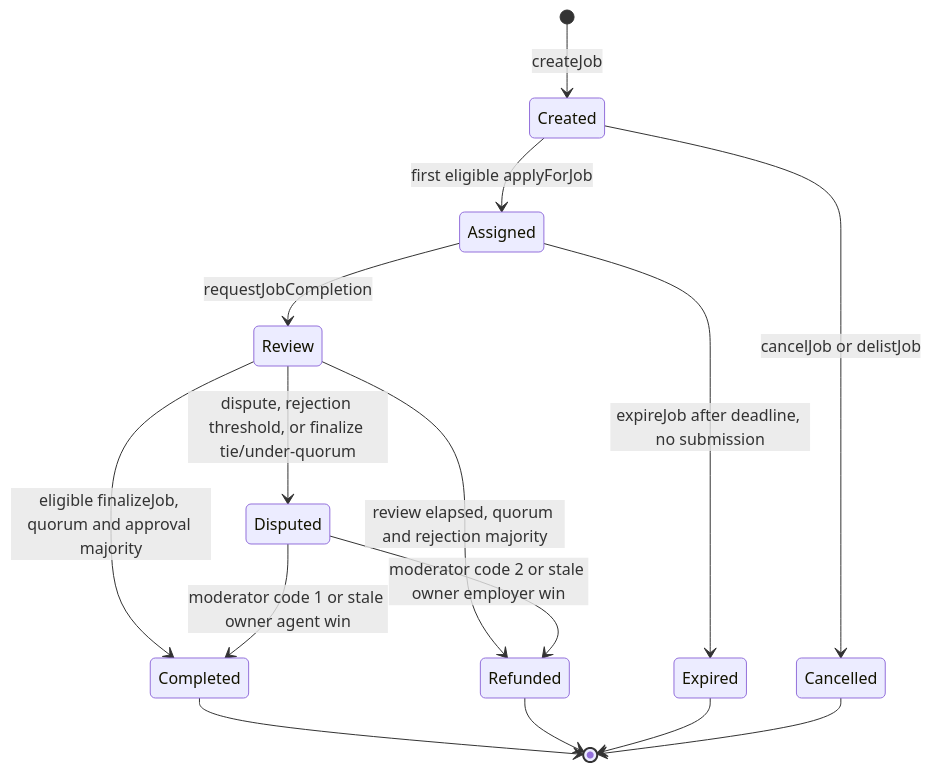
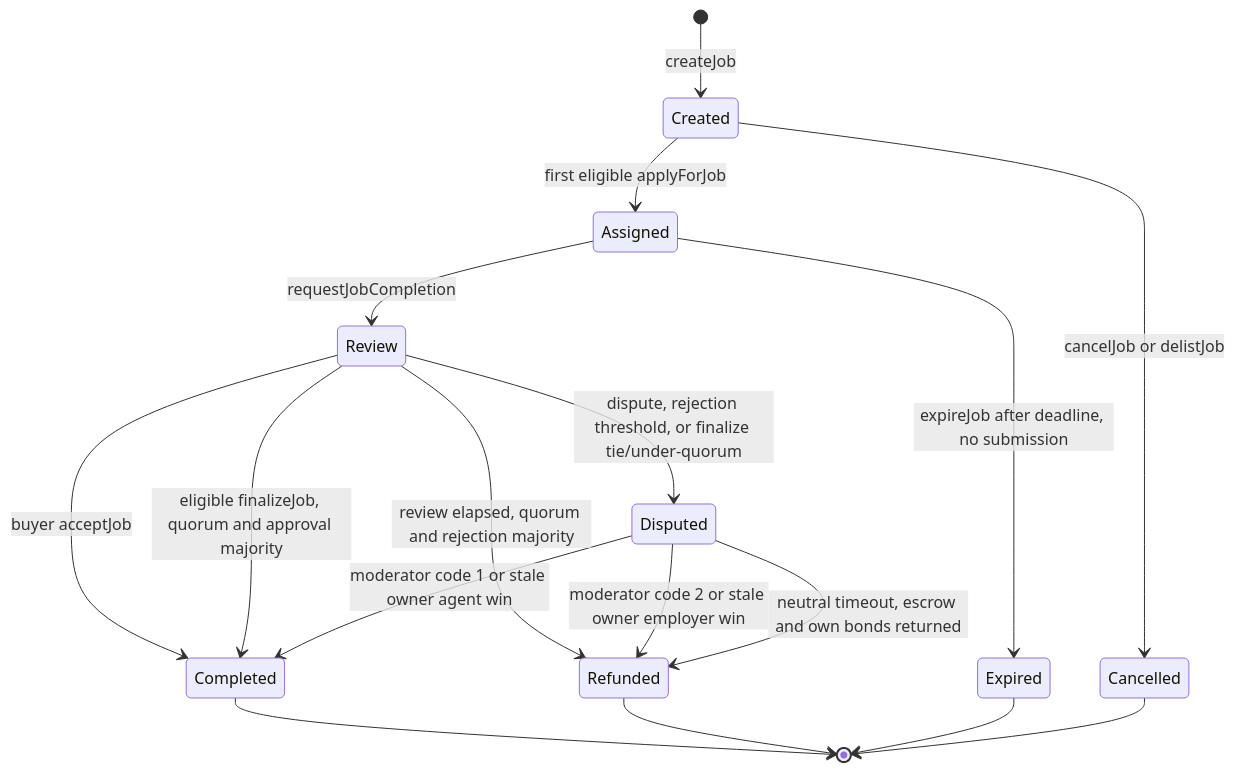
Before and after one commit to MontrealAI/AGIJobManager: the first of 2 diagrams in docs/CONTRACTS/AGIJobManager.md, drawn with Mermaid. The commit also changed other lines of this file and 119 other files, not shown here.

````diff
--- a/docs/CONTRACTS/AGIJobManager.md
+++ b/docs/CONTRACTS/AGIJobManager.md
@@ -25,17 +25,19 @@
 ```mermaid
 stateDiagram-v2
   [*] --> Created: createJob
   Created --> Assigned: first eligible applyForJob
   Created --> Cancelled: cancelJob or delistJob
   Assigned --> Review: requestJobCompletion
   Assigned --> Expired: expireJob after deadline, no submission
+  Review --> Completed: buyer acceptJob
   Review --> Completed: eligible finalizeJob, quorum and approval majority
   Review --> Refunded: review elapsed, quorum and rejection majority
   Review --> Disputed: dispute, rejection threshold, or finalize tie/under-quorum
   Disputed --> Completed: moderator code 1 or stale owner agent win
   Disputed --> Refunded: moderator code 2 or stale owner employer win
+  Disputed --> Refunded: neutral timeout, escrow and own bonds returned
   Completed --> [*]
   Refunded --> [*]
   Expired --> [*]
   Cancelled --> [*]
 ```
````
